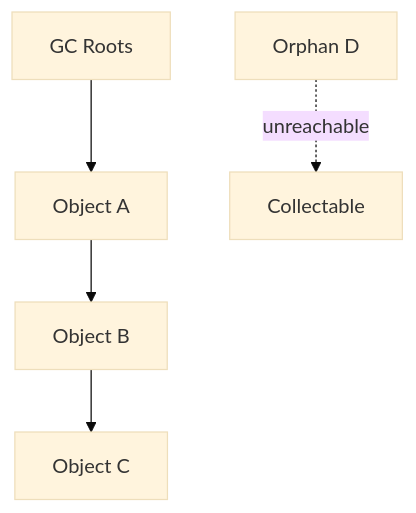
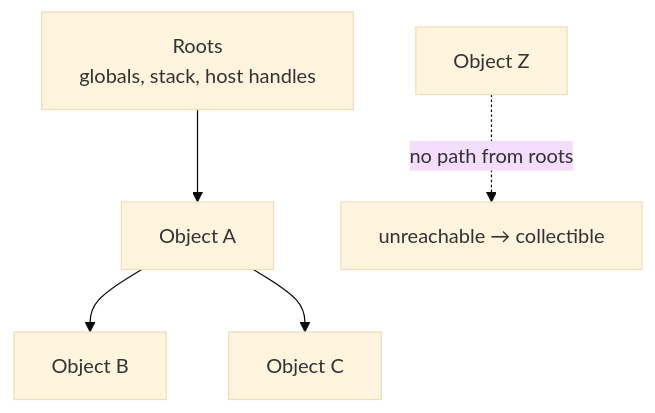
One commit to prajjwaljogdand/FullstackPreparation changed the fifth of 11 diagrams in docs/javascript/12-memory.md. Above: the diagram before and after it, drawn with Mermaid (base theme). The commit also changed other lines of this file and 91 other files, not shown here.

````diff
--- a/docs/javascript/12-memory.md
+++ b/docs/javascript/12-memory.md
@@ -13,7 +153,7 @@
 ```mermaid
-flowchart TD
-  Roots["GC Roots"] --> A["Object A"]
+flowchart TB
+  Roots["Roots\nglobals, stack, host handles"] --> A["Object A"]
   A --> B["Object B"]
-  B --> C["Object C"]
-  D["Orphan D"] -.->|unreachable| GC["Collectable"]
+  A --> C["Object C"]
+  Orphan["Object Z"] -.->|"no path from roots"| X["unreachable → collectible"]
 ```
````
